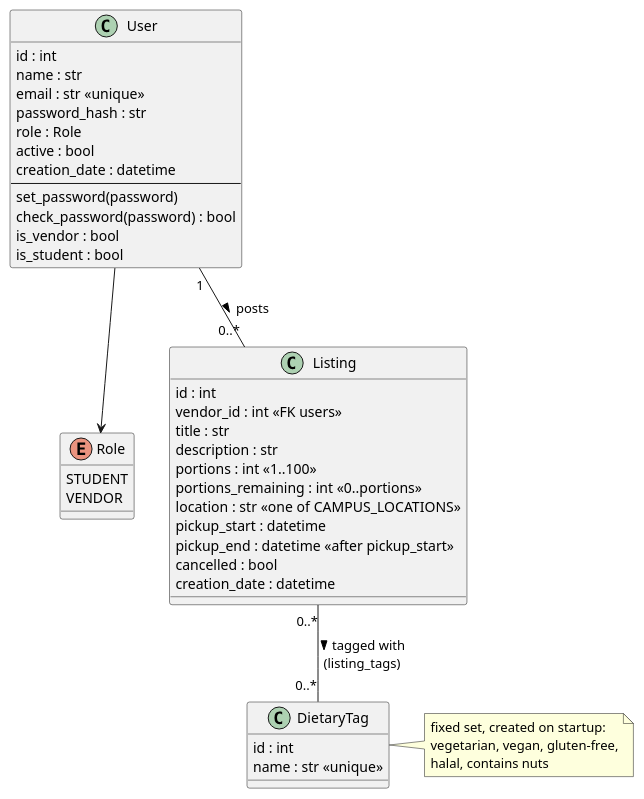
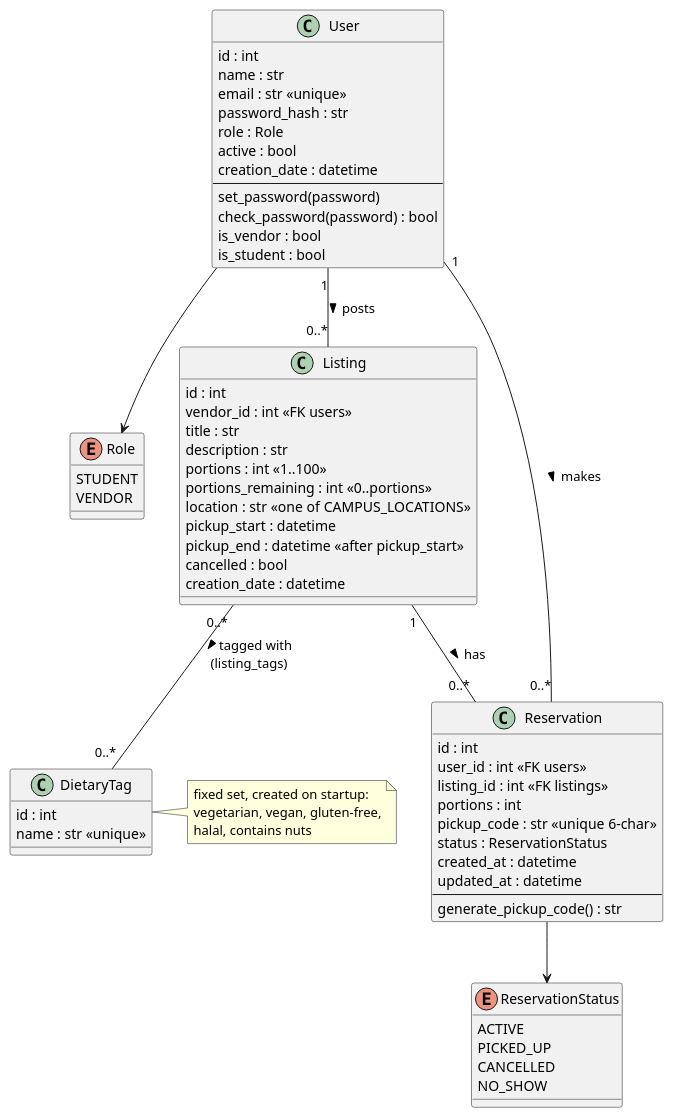
One commit to AdenPotato/CS3250-project-2 changed the diagram in uml/class.wsd. Above: the diagram before and after it, drawn with PlantUML. The commit also changed 1 other file, not shown here.

Commit message:
CS-25 add reservation model and update class diagram (#81)

```diff
--- a/uml/class.wsd
+++ b/uml/class.wsd
@@ -1,52 +1,75 @@
 @startuml class
 
 enum Role {
     STUDENT
     VENDOR
 }
 
 class User {
     id : int
     name : str
     email : str <<unique>>
     password_hash : str
     role : Role
     active : bool
     creation_date : datetime
     --
     set_password(password)
     check_password(password) : bool
     is_vendor : bool
     is_student : bool
 }
 
 class Listing {
     id : int
     vendor_id : int <<FK users>>
     title : str
     description : str
     portions : int <<1..100>>
     portions_remaining : int <<0..portions>>
     location : str <<one of CAMPUS_LOCATIONS>>
     pickup_start : datetime
     pickup_end : datetime <<after pickup_start>>
     cancelled : bool
     creation_date : datetime
 }
 
 class DietaryTag {
     id : int
     name : str <<unique>>
 }
 
 note right of DietaryTag
   fixed set, created on startup:
   vegetarian, vegan, gluten-free,
   halal, contains nuts
 end note
 
+enum ReservationStatus {
+    ACTIVE
+    PICKED_UP
+    CANCELLED
+    NO_SHOW
+}
+
+class Reservation {
+    id : int
+    user_id : int <<FK users>>
+    listing_id : int <<FK listings>>
+    portions : int
+    pickup_code : str <<unique 6-char>>
+    status : ReservationStatus
+    created_at : datetime
+    updated_at : datetime
+    --
+    generate_pickup_code() : str
+}
+
 User --> Role
 User "1" -- "0..*" Listing : posts >
 Listing "0..*" -- "0..*" DietaryTag : tagged with >\n(listing_tags)
+User "1" -- "0..*" Reservation : makes >
+Listing "1" -- "0..*" Reservation : has >
+Reservation --> ReservationStatus
 
 @enduml
```
